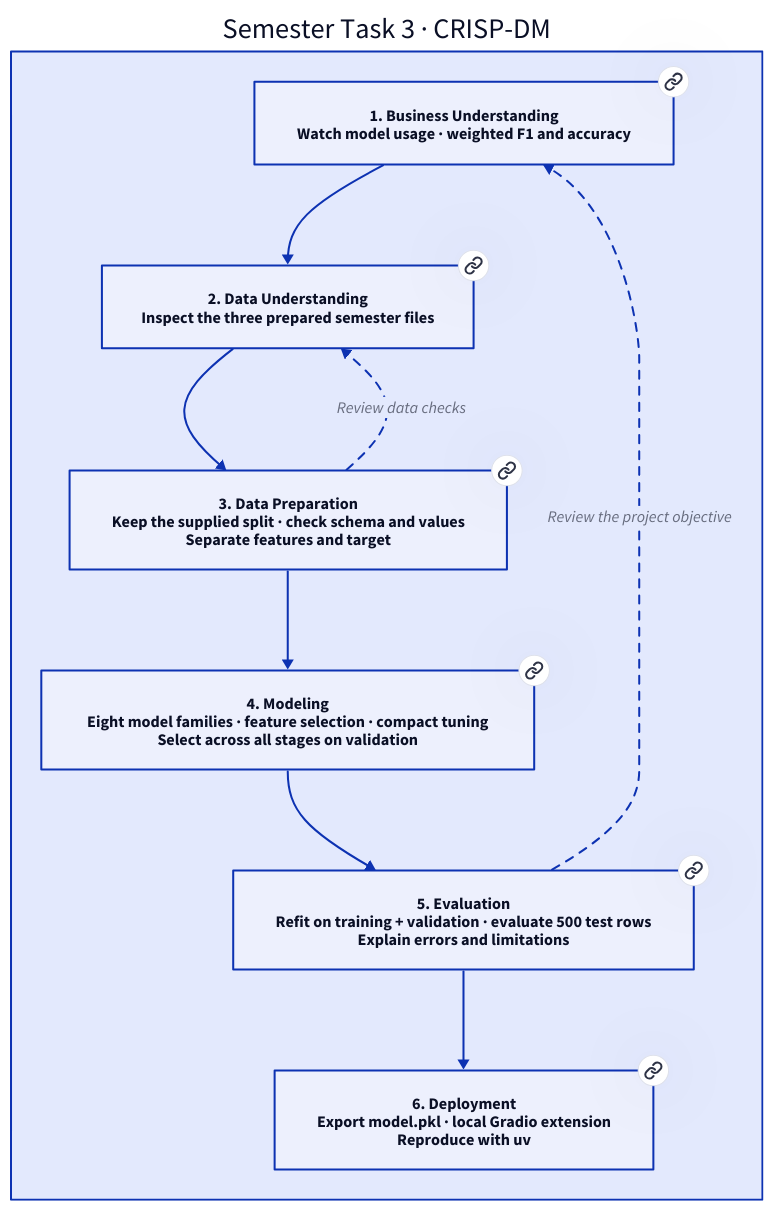
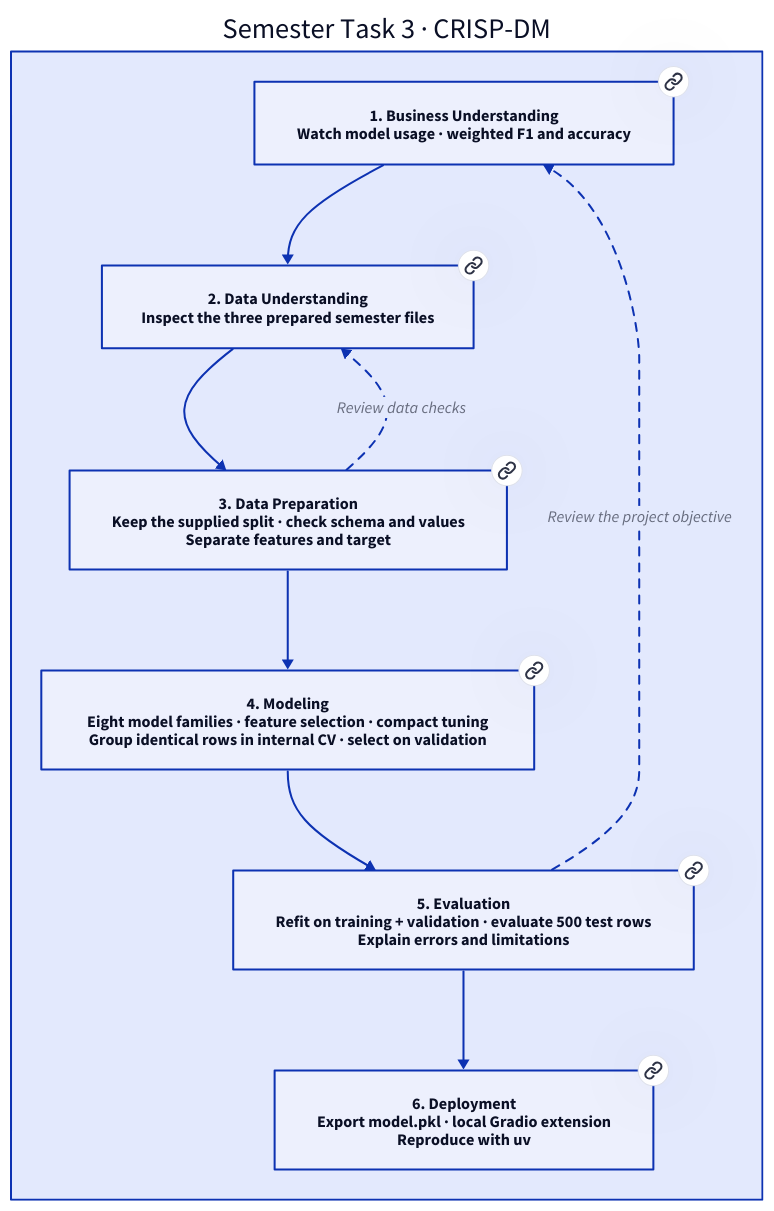
Before and after one commit to crnly/data-science-module-s4: the diagram in docs/process.d2, drawn with D2. The commit also changed 8 other files, not shown here.

```diff
--- a/docs/process.d2
+++ b/docs/process.d2
@@ -1,14 +1,14 @@
 vars: {d2-config: {layout-engine: dagre; theme-id: 0}}
 direction: down
 process: "Semester Task 3 · CRISP-DM" {
   direction: down
   p1: "1. Business Understanding\nWatch model usage · weighted F1 and accuracy" {link: "../data_science.ipynb#phase-1"}
   p2: "2. Data Understanding\nInspect the three prepared semester files" {link: "../data_science.ipynb#phase-2"}
   p3: "3. Data Preparation\nKeep the supplied split · check schema and values\nSeparate features and target" {link: "../data_science.ipynb#phase-3"}
-  p4: "4. Modeling\nEight model families · feature selection · compact tuning\nSelect across all stages on validation" {link: "../data_science.ipynb#phase-4"}
+  p4: "4. Modeling\nEight model families · feature selection · compact tuning\nGroup identical rows in internal CV · select on validation" {link: "../data_science.ipynb#phase-4"}
   p5: "5. Evaluation\nRefit on training + validation · evaluate 500 test rows\nExplain errors and limitations" {link: "../data_science.ipynb#phase-5"}
   p6: "6. Deployment\nExport model.pkl · local Gradio extension\nReproduce with uv" {link: "../data_science.ipynb#phase-6"}
   p1 -> p2 -> p3 -> p4 -> p5 -> p6
   p3 -> p2: "Review data checks" {style.stroke-dash: 4}
   p5 -> p1: "Review the project objective" {style.stroke-dash: 4}
 }
```
